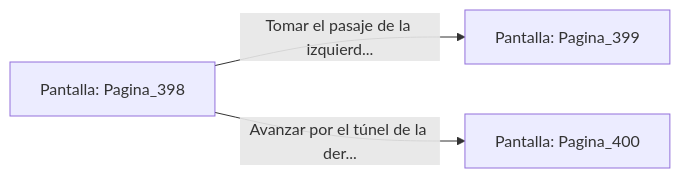
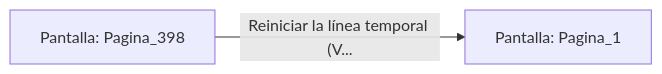
Before and after one commit to metsuke/mpl: the diagram in sample/eligejuego-vault/Pantalla_Pagina_398.md, drawn with Mermaid. The commit also changed other lines of this file and 635 other files, not shown here.

First line of the commit message:
fix: añadir Pagina_1 como pantalla inicial en capitulo_01.mpl

````diff
--- a/sample/eligejuego-vault/Pantalla_Pagina_398.md
+++ b/sample/eligejuego-vault/Pantalla_Pagina_398.md
@@ -20,6 +17,5 @@
 ```mermaid
 graph LR
     P_Pagina_398["Pantalla: Pagina_398"]
-    P_Pagina_398 -->|"Tomar el pasaje de la izquierd..."| P_Pagina_399["Pantalla: Pagina_399"]
-    P_Pagina_398 -->|"Avanzar por el túnel de la der..."| P_Pagina_400["Pantalla: Pagina_400"]
+    P_Pagina_398 -->|"Reiniciar la línea temporal (V..."| P_Pagina_1["Pantalla: Pagina_1"]
 ```
````
